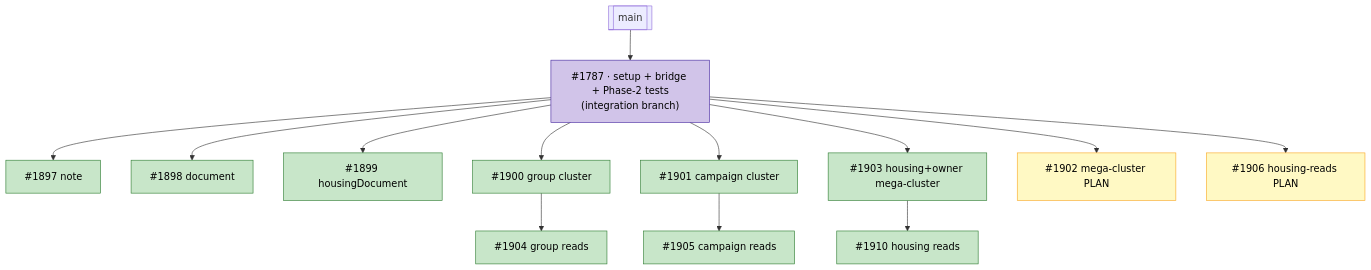
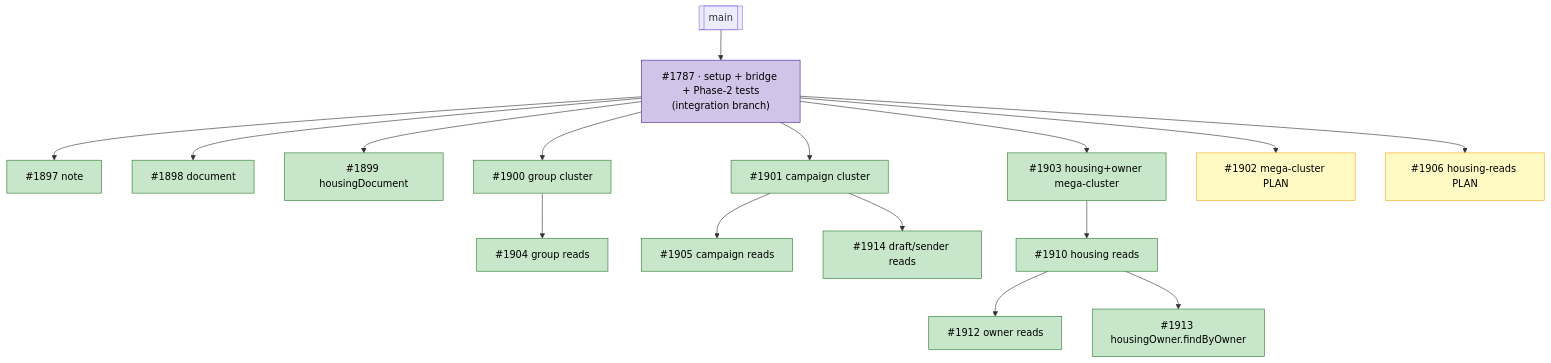
The fifth of 6 diagrams in docs/kysely-migration-overview.md (MTES-MCT/zero-logement-vacant), drawn with Mermaid before and after one commit. The commit also changed other lines of this file, not shown here.

First line of the commit message:
docs(server): mark all Kysely reads complete in the migration overview

````diff
--- a/docs/kysely-migration-overview.md
+++ b/docs/kysely-migration-overview.md
@@ -122,23 +122,26 @@
 ```mermaid
 flowchart TD
   main[["main"]]
   base["#1787 · setup + bridge + Phase-2 tests<br/>(integration branch)"]:::base
   main --> base
 
   base --> n["#1897 note"]:::done
   base --> d["#1898 document"]:::done
   base --> hd["#1899 housingDocument"]:::done
   base --> g["#1900 group cluster"]:::done
   base --> c["#1901 campaign cluster"]:::done
   base --> m["#1903 housing+owner mega-cluster"]:::done
   base --> plan1["#1902 mega-cluster PLAN"]:::plan
   base --> plan2["#1906 housing-reads PLAN"]:::plan
 
   g --> gr["#1904 group reads"]:::done
   c --> cr["#1905 campaign reads"]:::done
+  c --> dsr["#1914 draft/sender reads"]:::done
   m --> hr["#1910 housing reads"]:::done
+  hr --> orr["#1912 owner reads"]:::done
+  hr --> hor["#1913 housingOwner.findByOwner"]:::done
 
   classDef base fill:#d1c4e9,stroke:#4527a0,color:#000
   classDef done fill:#c8e6c9,stroke:#2e7d32,color:#000
   classDef plan fill:#fff9c4,stroke:#f9a825,color:#000
 ```
````
